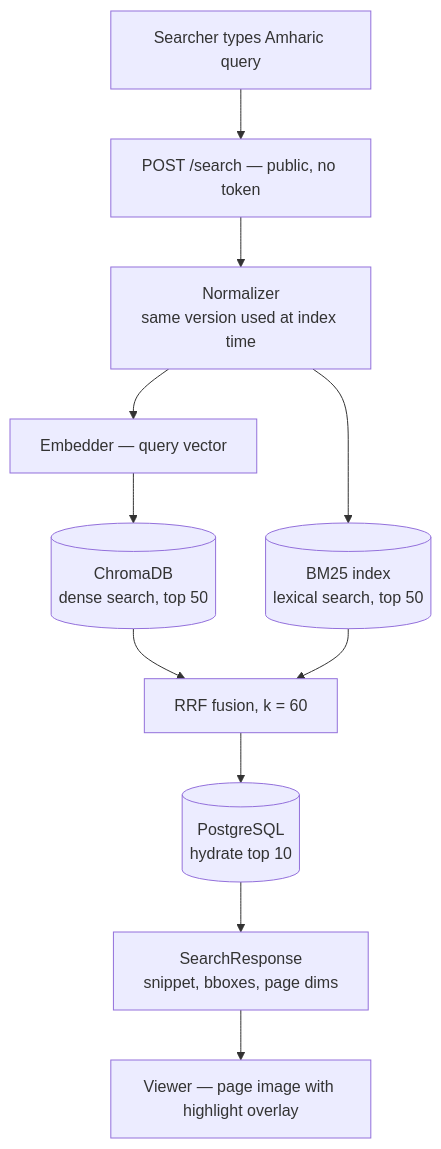
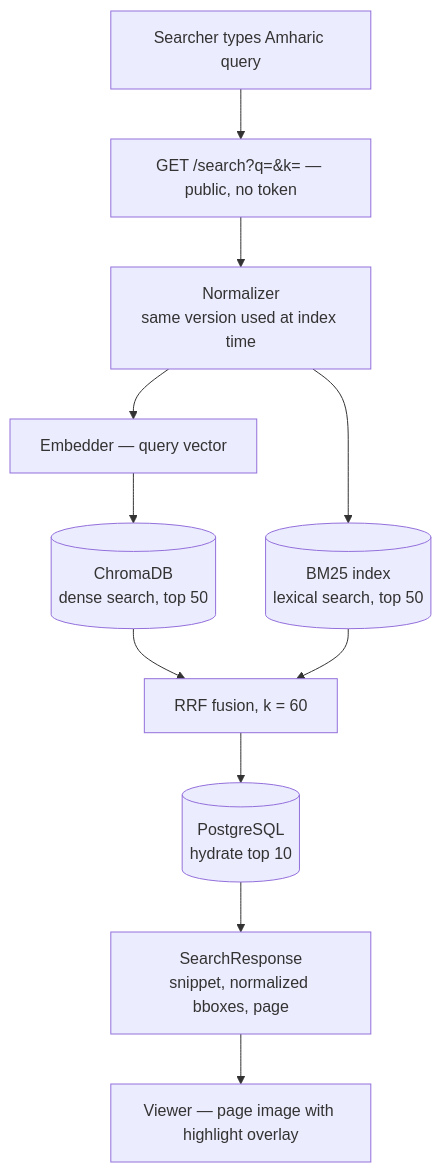
Before and after one commit to Sem512/Amh_Retriever: the second of 5 diagrams in ARCHITECTURE.md, drawn with Mermaid. The commit also changed other lines of this file and 56 other files, not shown here.

````diff
--- a/ARCHITECTURE.md
+++ b/ARCHITECTURE.md
@@ -59,21 +59,21 @@
 ```mermaid
 flowchart TB
     Q1["Searcher types Amharic query"]
-    Q2["POST /search — public, no token"]
+    Q2["GET /search?q=&k= — public, no token"]
     Q3["Normalizer<br/>same version used at index time"]
     Q4["Embedder — query vector"]
     Q5[("ChromaDB<br/>dense search, top 50")]
     Q6[("BM25 index<br/>lexical search, top 50")]
     Q7["RRF fusion, k = 60"]
     Q8[("PostgreSQL<br/>hydrate top 10")]
-    Q9["SearchResponse<br/>snippet, bboxes, page dims"]
+    Q9["SearchResponse<br/>snippet, normalized bboxes, page"]
     Q10["Viewer — page image with highlight overlay"]
 
     Q1 --> Q2 --> Q3
     Q3 --> Q4
     Q3 --> Q6
     Q4 --> Q5
     Q5 --> Q7
     Q6 --> Q7
     Q7 --> Q8 --> Q9 --> Q10
 ```
````
